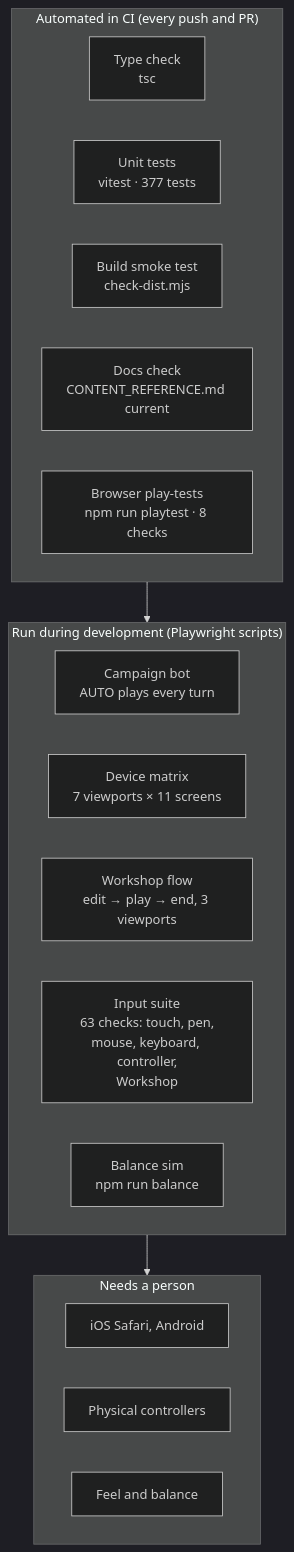
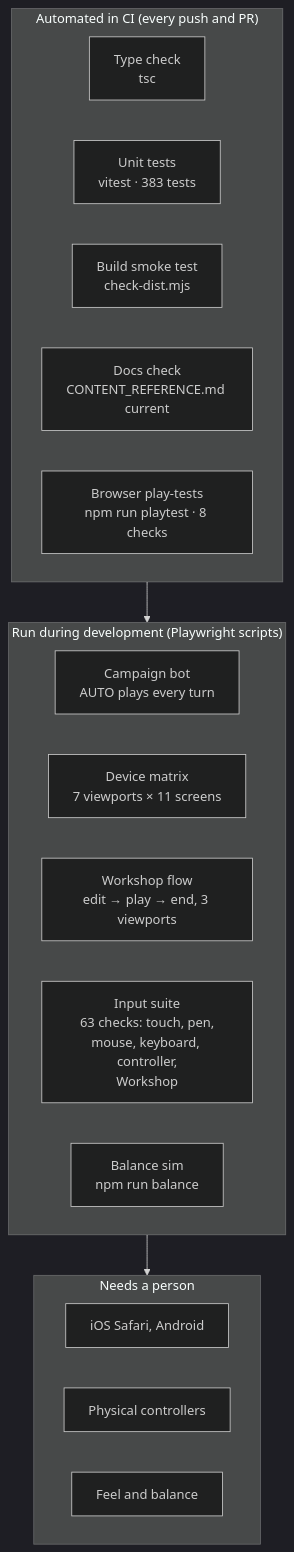
The diagram in docs/TESTING.md (CptNope/Chess-RPG-Tactics), drawn with Mermaid (dark theme) before and after one commit. The commit also changed other lines of this file and 36 other files, not shown here.

````diff
--- a/docs/TESTING.md
+++ b/docs/TESTING.md
@@ -9,23 +9,23 @@
 ```mermaid
 flowchart TB
     subgraph Auto["Automated in CI (every push and PR)"]
         T1["Type check<br/>tsc"]
-        T2["Unit tests<br/>vitest · 377 tests"]
+        T2["Unit tests<br/>vitest · 383 tests"]
         T3["Build smoke test<br/>check-dist.mjs"]
         T4["Docs check<br/>CONTENT_REFERENCE.md current"]
         T5["Browser play-tests<br/>npm run playtest · 8 checks"]
     end
     subgraph Dev["Run during development (Playwright scripts)"]
         P1["Campaign bot<br/>AUTO plays every turn"]
         P2["Device matrix<br/>7 viewports × 11 screens"]
         P4["Workshop flow<br/>edit → play → end, 3 viewports"]
         P3["Input suite<br/>63 checks: touch, pen,<br/>mouse, keyboard, controller,<br/>Workshop"]
         P5["Balance sim<br/>npm run balance"]
     end
     subgraph Human["Needs a person"]
         H1["iOS Safari, Android"]
         H2["Physical controllers"]
         H3["Feel and balance"]
     end
     Auto --> Dev --> Human
 ```
````
